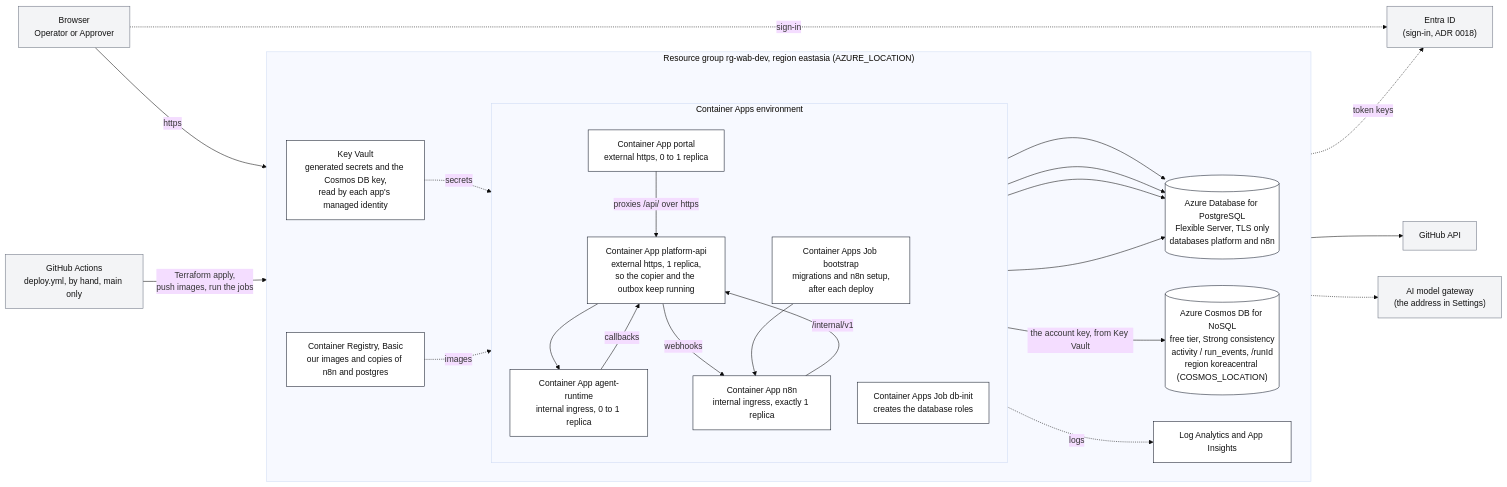
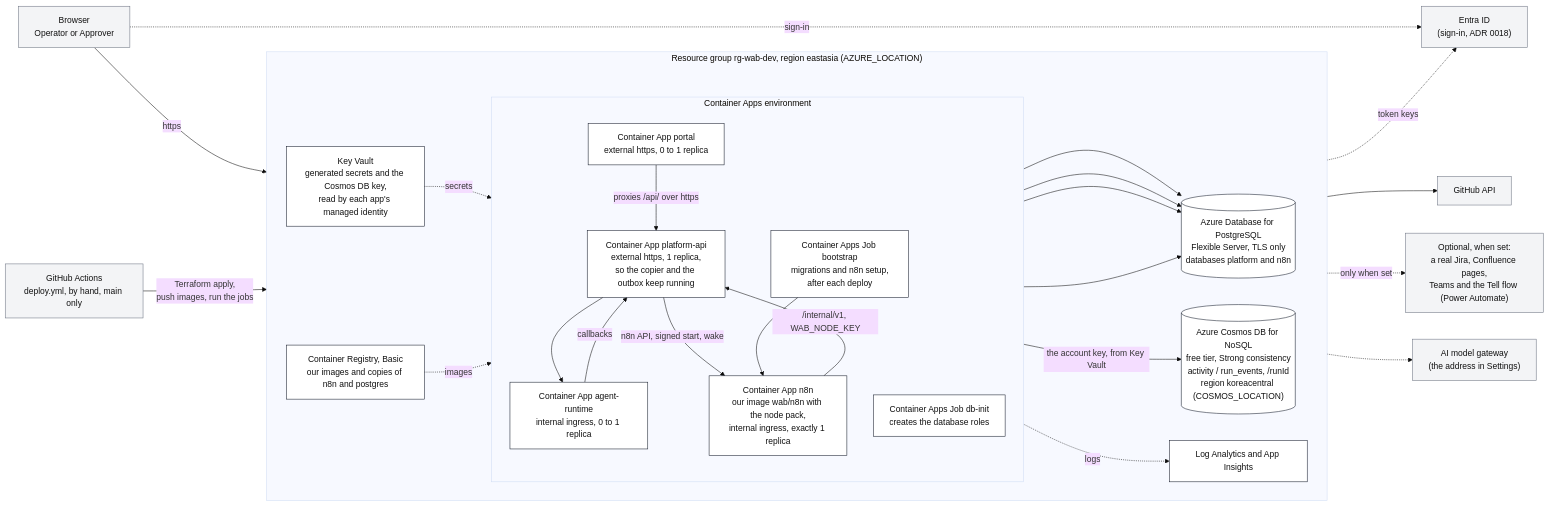
One commit to qj1e7/ai-agent-workflow-builder changed diagram 13 of 18 in docs/design/diagrams.md. Above: the diagram before and after it, drawn with Mermaid (base theme). The commit also changed other lines of this file and 2 other files, not shown here.

````diff
--- a/docs/design/diagrams.md
+++ b/docs/design/diagrams.md
@@ -1025,52 +1342,54 @@
 ```mermaid
 flowchart LR
     browser["Browser<br/>Operator or Approver"]
     entra["Entra ID<br/>(sign-in, ADR 0018)"]
     gh["GitHub API"]
     model["AI model gateway<br/>(the address in Settings)"]
     actions["GitHub Actions<br/>deploy.yml, by hand, main only"]
+    outside["Optional, when set:<br/>a real Jira, Confluence pages,<br/>Teams and the Tell flow (Power Automate)"]
 
     subgraph rg["Resource group rg-wab-dev, region eastasia (AZURE_LOCATION)"]
         direction LR
         subgraph aca["Container Apps environment"]
             direction TB
             portal["Container App portal<br/>external https, 0 to 1 replica"]
             api["Container App platform-api<br/>external https, 1 replica,<br/>so the copier and the outbox keep running"]
             agent["Container App agent-runtime<br/>internal ingress, 0 to 1 replica"]
-            n8n["Container App n8n<br/>internal ingress, exactly 1 replica"]
+            n8n["Container App n8n<br/>our image wab/n8n with the node pack,<br/>internal ingress, exactly 1 replica"]
             dbinit["Container Apps Job db-init<br/>creates the database roles"]
             boot["Container Apps Job bootstrap<br/>migrations and n8n setup,<br/>after each deploy"]
         end
         pg[("Azure Database for PostgreSQL<br/>Flexible Server, TLS only<br/>databases platform and n8n")]
         cosmos[("Azure Cosmos DB for NoSQL<br/>free tier, Strong consistency<br/>activity / run_events, /runId<br/>region koreacentral (COSMOS_LOCATION)")]
         kv["Key Vault<br/>generated secrets and the Cosmos DB key,<br/>read by each app's managed identity"]
         acr["Container Registry, Basic<br/>our images and copies of n8n and postgres"]
         logs["Log Analytics and App Insights"]
     end
 
     browser -- "https" --> portal
     portal -- "proxies /api/ over https" --> api
     browser -. "sign-in" .-> entra
     api -. "token keys" .-> entra
     api --> agent
     agent -- "callbacks" --> api
-    api -- "webhooks" --> n8n
-    n8n -- "/internal/v1" --> api
+    api -- "n8n API, signed start, wake" --> n8n
+    n8n -- "/internal/v1, WAB_NODE_KEY" --> api
     api --> pg
     n8n --> pg
     dbinit --> pg
     boot --> pg
     boot --> n8n
     api -- "the account key, from Key Vault" --> cosmos
     agent --> gh
+    api -. "only when set" .-> outside
     agent -.-> model
     kv -. "secrets" .-> aca
     acr -. "images" .-> aca
     aca -. "logs" .-> logs
     actions -- "Terraform apply,<br/>push images, run the jobs" --> rg
 
     classDef az fill:#ffffff,stroke:#111827,color:#111
     classDef ext fill:#f3f4f6,stroke:#6b7280,color:#111
     class portal,api,agent,n8n,dbinit,boot,pg,cosmos,kv,acr,logs az
-    class browser,entra,gh,model,actions ext
+    class browser,entra,gh,model,actions,outside ext
 ```
````
